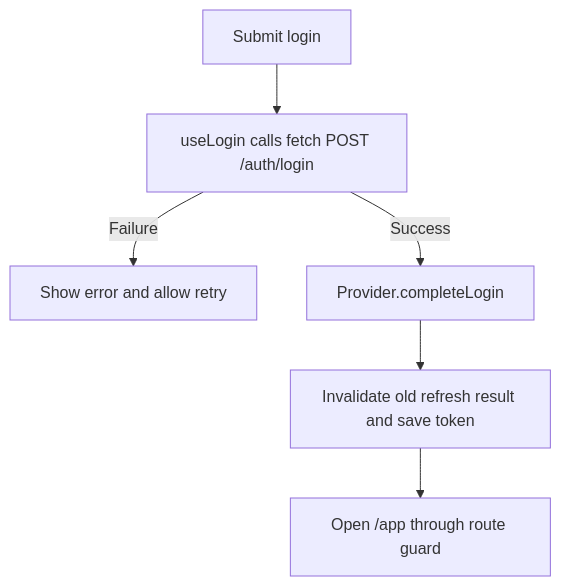
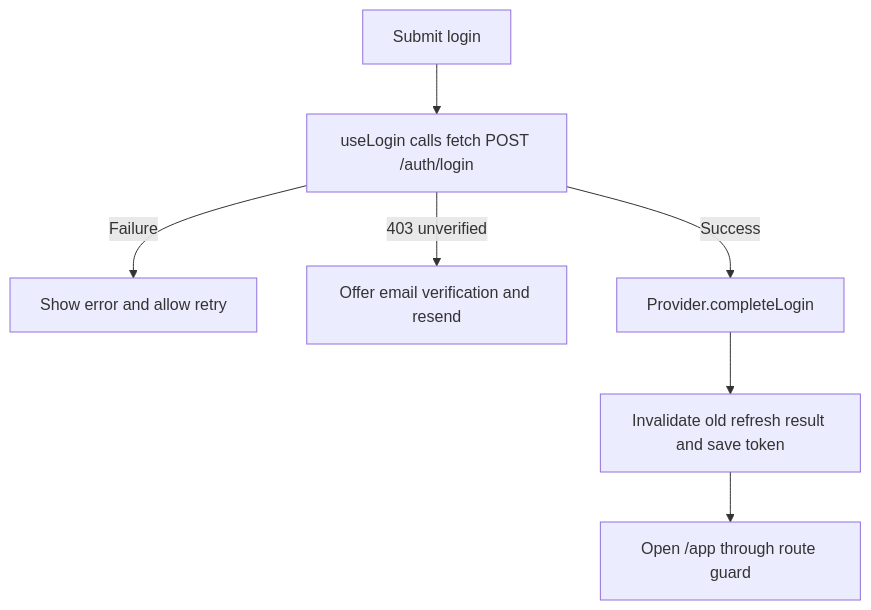
One commit to AY2627S1-CS3219-P24/FoC changed the third of 6 diagrams in frontend/src/features/auth/auth-flow.md. Above: the diagram before and after it, drawn with Mermaid. The commit also changed other lines of this file and 51 other files, not shown here.

Commit message:
feat(auth): add registration email verification

````diff
--- a/frontend/src/features/auth/auth-flow.md
+++ b/frontend/src/features/auth/auth-flow.md
@@ -61,8 +68,9 @@
 ```mermaid
 flowchart TD
     Submit[Submit login] --> Request[useLogin calls fetch POST /auth/login]
     Request -->|Failure| Error[Show error and allow retry]
+    Request -->|403 unverified| Verify[Offer email verification and resend]
     Request -->|Success| Complete[Provider.completeLogin]
     Complete --> Save[Invalidate old refresh result and save token]
     Save --> App[Open /app through route guard]
 ```
````
